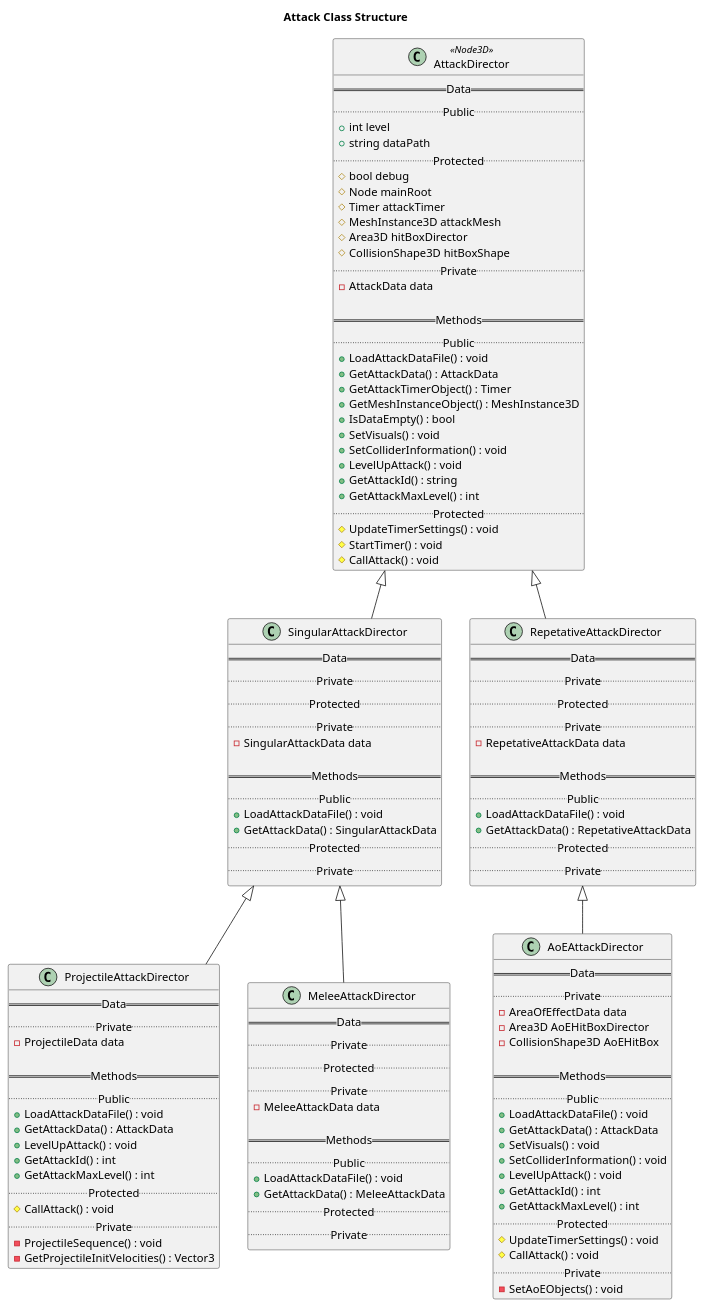
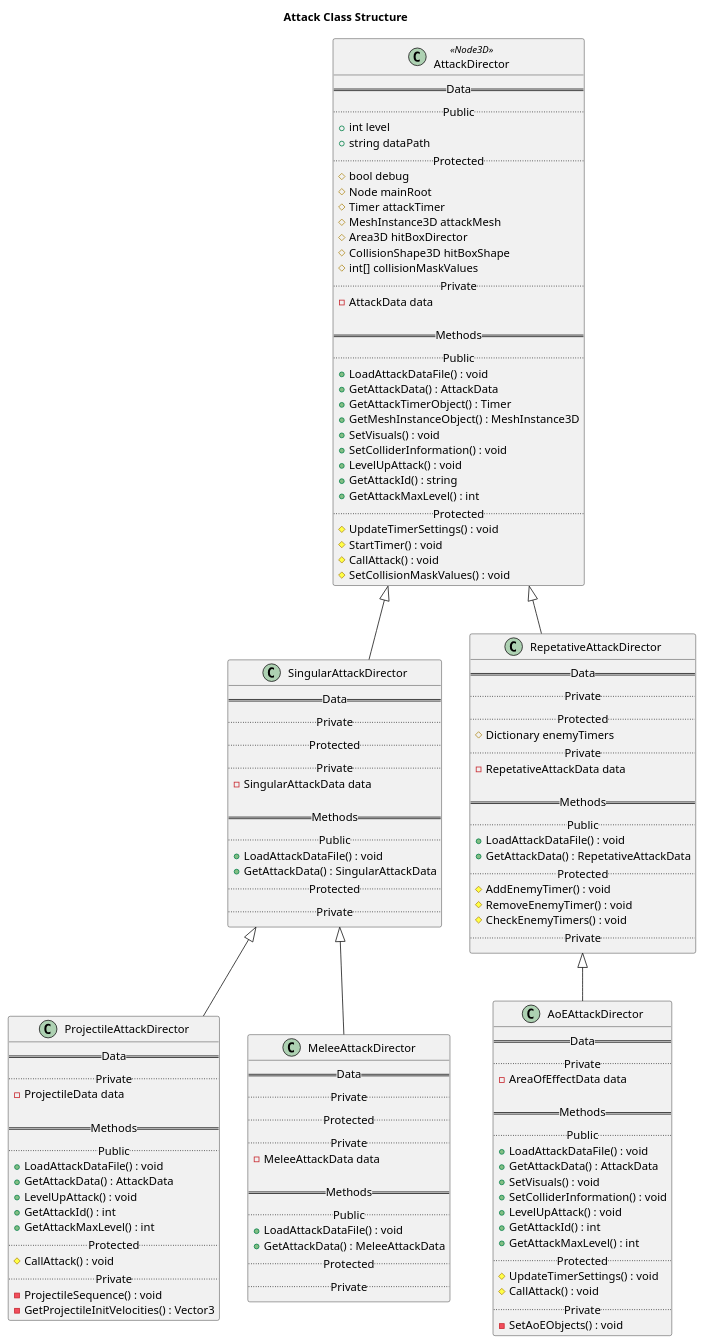
One commit to kjtkanaly/Roguelike-Shoot-Em-Up changed the diagram in UML-Diagrams/src/Attack_Class_Struct.puml. Above: the diagram before and after it, drawn with PlantUML. The commit also changed 5 other files, not shown here.

Commit message:
Updated attack and movement class diagrams

```diff
--- a/UML-Diagrams/src/Attack_Class_Struct.puml
+++ b/UML-Diagrams/src/Attack_Class_Struct.puml
@@ -1,132 +1,135 @@
 @startuml Attack Class Structure
 
 title Attack Class Structure
 
 class AttackDirector <<Node3D>>{
     == Data ==
     .. Public ..
     + int level
     + string dataPath
     .. Protected ..
     # bool debug
     # Node mainRoot
     # Timer attackTimer
     # MeshInstance3D attackMesh
     # Area3D hitBoxDirector
     # CollisionShape3D hitBoxShape
+    # int[] collisionMaskValues
     .. Private ..
     - AttackData data
 
     == Methods ==
     .. Public ..
     + LoadAttackDataFile() : void
     + GetAttackData() : AttackData
     + GetAttackTimerObject() : Timer
     + GetMeshInstanceObject() : MeshInstance3D
-    + IsDataEmpty() : bool
     + SetVisuals() : void
     + SetColliderInformation() : void
     + LevelUpAttack() : void
     + GetAttackId() : string
     + GetAttackMaxLevel() : int
     .. Protected ..
     # UpdateTimerSettings() : void
     # StartTimer() : void
     # CallAttack() : void
+    # SetCollisionMaskValues() : void
 }
 
 class SingularAttackDirector {
     == Data ==
     .. Private ..
     .. Protected ..
     .. Private ..
     - SingularAttackData data
 
     == Methods ==
     .. Public ..
     + LoadAttackDataFile() : void
     + GetAttackData() : SingularAttackData
     .. Protected ..
     .. Private ..
 }
 
 class ProjectileAttackDirector {
     == Data ==
     .. Private ..
     - ProjectileData data
 
     == Methods ==
     .. Public ..
     + LoadAttackDataFile() : void
     + GetAttackData() : AttackData
     + LevelUpAttack() : void
     + GetAttackId() : int
     + GetAttackMaxLevel() : int
     .. Protected ..
     # CallAttack() : void
     .. Private ..
     - ProjectileSequence() : void
     - GetProjectileInitVelocities() : Vector3
 }
 
 class RepetativeAttackDirector {
     == Data ==
     .. Private ..
     .. Protected ..
+    # Dictionary enemyTimers
     .. Private ..
     - RepetativeAttackData data
 
     == Methods ==
     .. Public ..
     + LoadAttackDataFile() : void
     + GetAttackData() : RepetativeAttackData
     .. Protected ..
+    # AddEnemyTimer() : void
+    # RemoveEnemyTimer() : void
+    # CheckEnemyTimers() : void
     .. Private ..
 }
 
 class AoEAttackDirector {
     == Data ==
     .. Private ..
     - AreaOfEffectData data
-    - Area3D AoEHitBoxDirector
-    - CollisionShape3D AoEHitBox
 
     == Methods ==
     .. Public ..
     + LoadAttackDataFile() : void
     + GetAttackData() : AttackData
     + SetVisuals() : void
     + SetColliderInformation() : void
     + LevelUpAttack() : void
     + GetAttackId() : int
     + GetAttackMaxLevel() : int
     .. Protected ..
     # UpdateTimerSettings() : void
     # CallAttack() : void
     .. Private ..
     - SetAoEObjects() : void
 }
 
 class MeleeAttackDirector {
     == Data ==
     .. Private ..
     .. Protected ..
     .. Private ..
     - MeleeAttackData data
 
     == Methods ==
     .. Public ..
     + LoadAttackDataFile() : void
     + GetAttackData() : MeleeAttackData
     .. Protected ..
     .. Private ..
 }
 
 AttackDirector <|-- SingularAttackDirector
 AttackDirector <|-- RepetativeAttackDirector
 SingularAttackDirector <|-- ProjectileAttackDirector
 SingularAttackDirector <|-- MeleeAttackDirector
 RepetativeAttackDirector <|-- AoEAttackDirector
 
 
 @enduml
```
